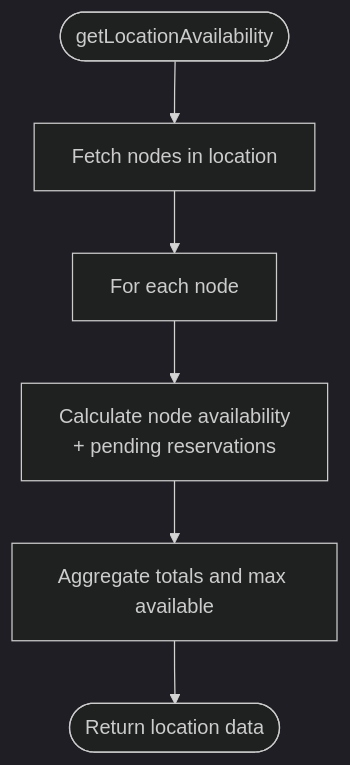
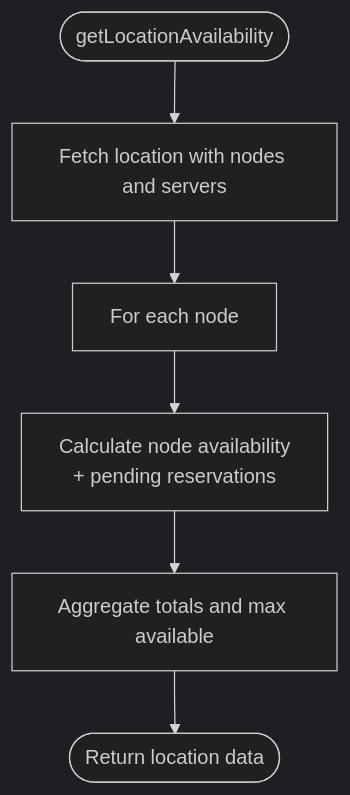
The third of 6 diagrams in .qoder/repowiki/en/content/Architecture Overview/Service Layer Design/Service Layer Design.md (ObsidianNetwork/dynamic-pterodactyl), drawn with Mermaid (dark theme) before and after one commit. The commit also changed 5 other files, not shown here.

Commit message:
docs: remove residual per-node wiki flow

````diff
--- a/.qoder/repowiki/en/content/Architecture Overview/Service Layer Design/Service Layer Design.md
+++ b/.qoder/repowiki/en/content/Architecture Overview/Service Layer Design/Service Layer Design.md
@@ -132,8 +132,8 @@
 ```mermaid
 flowchart TD
-Start(["getLocationAvailability"]) --> FetchNodes["Fetch nodes in location"]
+Start(["getLocationAvailability"]) --> FetchNodes["Fetch location with nodes and servers"]
 FetchNodes --> ForEachNode["For each node"]
 ForEachNode --> CalcNode["Calculate node availability<br/>+ pending reservations"]
 CalcNode --> Aggregate["Aggregate totals and max available"]
 Aggregate --> Return(["Return location data"])
 ```
````
